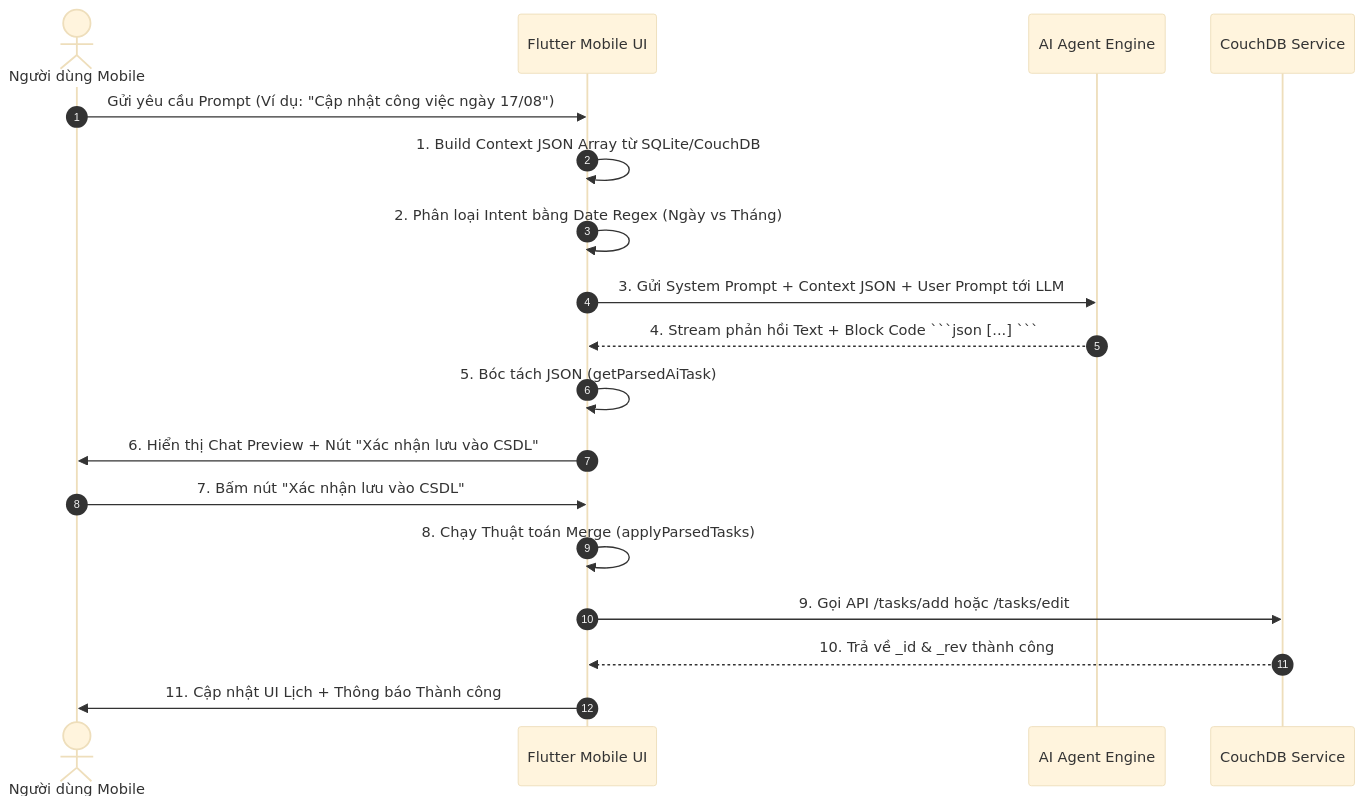
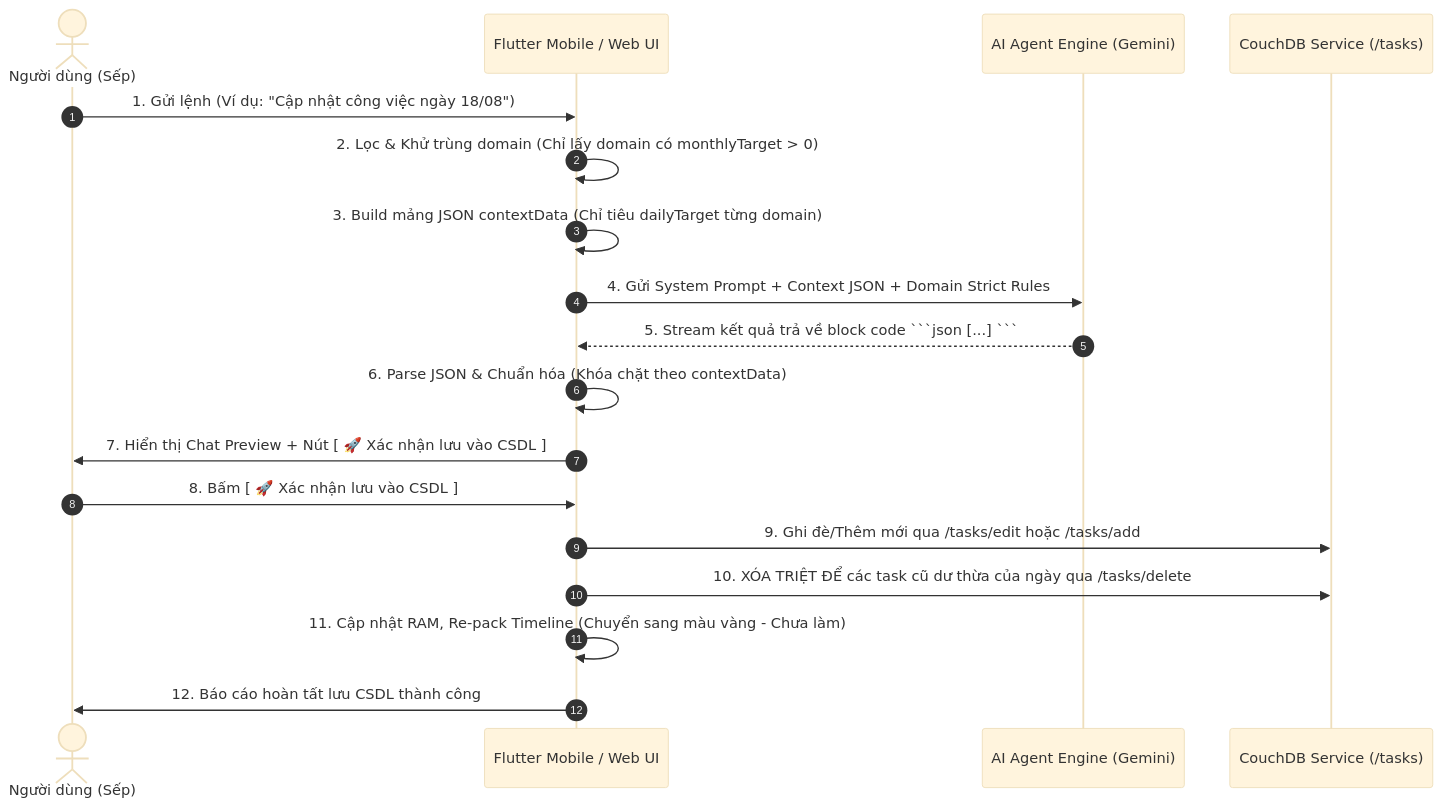
The diagram in huong_dan_cong_thuc_prompt_task.md (bienso629/ai.type), drawn with Mermaid (base theme) before and after one commit. The commit also changed other lines of this file and 13 other files, not shown here.

````diff
--- a/huong_dan_cong_thuc_prompt_task.md
+++ b/huong_dan_cong_thuc_prompt_task.md
@@ -9,21 +9,21 @@
 ```mermaid
 sequenceDiagram
     autonumber
-    actor User as Người dùng Mobile
-    participant App as Flutter Mobile UI
-    participant Agent as AI Agent Engine
-    participant DB as CouchDB Service
+    actor User as Người dùng (Sếp)
+    participant UI as Flutter Mobile / Web UI
+    participant Agent as AI Agent Engine (Gemini)
+    participant DB as CouchDB Service (/tasks)
 
-    User->>App: Gửi yêu cầu Prompt (Ví dụ: "Cập nhật công việc ngày 17/08")
-    App->>App: 1. Build Context JSON Array từ SQLite/CouchDB
-    App->>App: 2. Phân loại Intent bằng Date Regex (Ngày vs Tháng)
-    App->>Agent: 3. Gửi System Prompt + Context JSON + User Prompt tới LLM
-    Agent-->>App: 4. Stream phản hồi Text + Block Code ```json [...] ```
-    App->>App: 5. Bóc tách JSON (getParsedAiTask)
-    App->>User: 6. Hiển thị Chat Preview + Nút "Xác nhận lưu vào CSDL"
-    User->>App: 7. Bấm nút "Xác nhận lưu vào CSDL"
-    App->>App: 8. Chạy Thuật toán Merge (applyParsedTasks)
-    App->>DB: 9. Gọi API /tasks/add hoặc /tasks/edit
-    DB-->>App: 10. Trả về _id & _rev thành công
-    App->>User: 11. Cập nhật UI Lịch + Thông báo Thành công
+    User->>UI: 1. Gửi lệnh (Ví dụ: "Cập nhật công việc ngày 18/08")
+    UI->>UI: 2. Lọc & Khử trùng domain (Chỉ lấy domain có monthlyTarget > 0)
+    UI->>UI: 3. Build mảng JSON contextData (Chỉ tiêu dailyTarget từng domain)
+    UI->>Agent: 4. Gửi System Prompt + Context JSON + Domain Strict Rules
+    Agent-->>UI: 5. Stream kết quả trả về block code ```json [...] ```
+    UI->>UI: 6. Parse JSON & Chuẩn hóa (Khóa chặt theo contextData)
+    UI->>User: 7. Hiển thị Chat Preview + Nút [ 🚀 Xác nhận lưu vào CSDL ]
+    User->>UI: 8. Bấm [ 🚀 Xác nhận lưu vào CSDL ]
+    UI->>DB: 9. Ghi đè/Thêm mới qua /tasks/edit hoặc /tasks/add
+    UI->>DB: 10. XÓA TRIỆT ĐỂ các task cũ dư thừa của ngày qua /tasks/delete
+    UI->>UI: 11. Cập nhật RAM, Re-pack Timeline (Chuyển sang màu vàng - Chưa làm)
+    UI->>User: 12. Báo cáo hoàn tất lưu CSDL thành công
 ```
````
